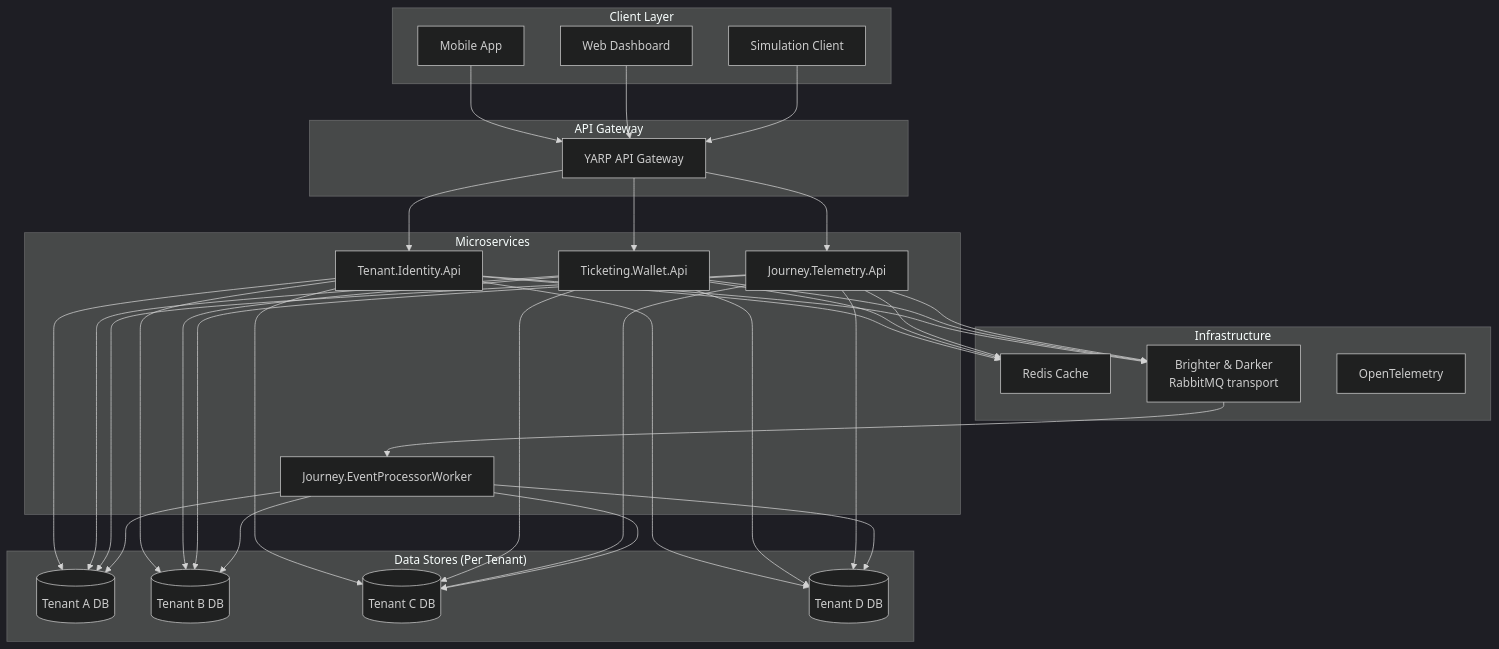
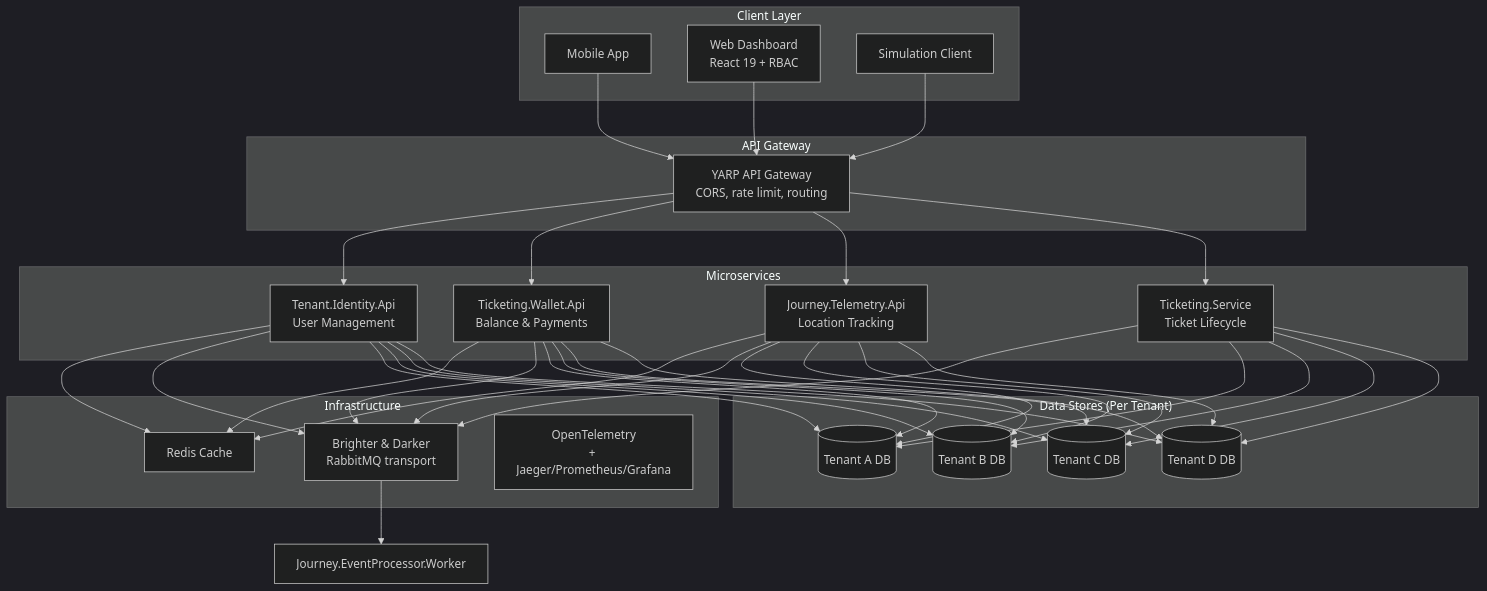
One commit to ozgurcanturna/MunicipalityTicketingSystem changed the second of 2 diagrams in README.md. Above: the diagram before and after it, drawn with Mermaid (dark theme). The commit also changed other lines of this file and 29 other files, not shown here.

````diff
--- a/README.md
+++ b/README.md
@@ -20,50 +68,52 @@
 ```mermaid
 graph TB
     subgraph "Client Layer"
         Mobile[Mobile App]
-        Web[Web Dashboard]
+        Web[Web Dashboard<br/>React 19 + RBAC]
         Simulator[Simulation Client]
     end
 
     subgraph "API Gateway"
-        YARP[YARP API Gateway]
+        YARP[YARP API Gateway<br/>CORS, rate limit, routing]
     end
 
     subgraph "Microservices"
-        Identity[Tenant.Identity.Api]
-        Wallet[Ticketing.Wallet.Api]
-        Telemetry[Journey.Telemetry.Api]
-        EventProc[Journey.EventProcessor.Worker]
+        Identity[Tenant.Identity.Api<br/>User Management]
+        Wallet[Ticketing.Wallet.Api<br/>Balance & Payments]
+        Telemetry[Journey.Telemetry.Api<br/>Location Tracking]
+        Ticketing[Ticketing.Service<br/>Ticket Lifecycle]
     end
 
     subgraph "Infrastructure"
         Redis[Redis Cache]
         MessageBus[Brighter & Darker<br/>RabbitMQ transport]
-        OTel[OpenTelemetry]
+        OTel[OpenTelemetry<br/>+ Jaeger/Prometheus/Grafana]
     end
 
     subgraph "Data Stores (Per Tenant)"
         DB1[(Tenant A DB)]
         DB2[(Tenant B DB)]
         DB3[(Tenant C DB)]
         DB4[(Tenant D DB)]
     end
 
     Mobile --> YARP
     Web --> YARP
     Simulator --> YARP
     YARP --> Identity
     YARP --> Wallet
     YARP --> Telemetry
+    YARP --> Ticketing
     Identity --> Redis
     Wallet --> Redis
     Telemetry --> Redis
     Identity --> MessageBus
     Wallet --> MessageBus
     Telemetry --> MessageBus
-    MessageBus --> EventProc
+    Ticketing --> MessageBus
+    MessageBus --> EventProc[Journey.EventProcessor.Worker]
     Identity --> DB1 & DB2 & DB3 & DB4
     Wallet --> DB1 & DB2 & DB3 & DB4
     Telemetry --> DB1 & DB2 & DB3 & DB4
-    EventProc --> DB1 & DB2 & DB3 & DB4
+    Ticketing --> DB1 & DB2 & DB3 & DB4
 ```
````
